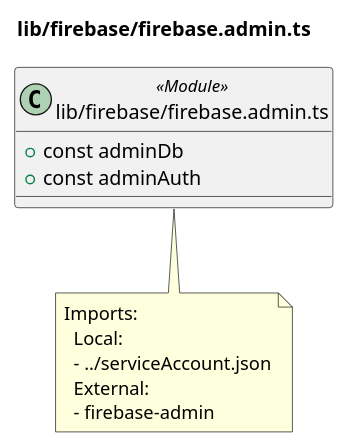
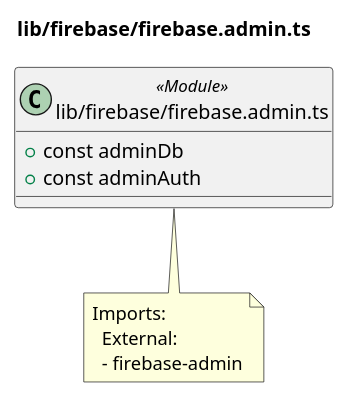
One commit to Natural-Highs/live changed the diagram in docs/diagrams/src/lib/firebase/firebase.admin.ts.puml. Above: the diagram before and after it, drawn with PlantUML. The commit also changed 90 other files, not shown here.

Commit message:
refactor(docs): update docs/diagrams workflow for migration

```diff
--- a/docs/diagrams/src/lib/firebase/firebase.admin.ts.puml
+++ b/docs/diagrams/src/lib/firebase/firebase.admin.ts.puml
@@ -1,14 +1,12 @@
 @startuml lib__firebase__firebase_admin_ts
 title lib/firebase/firebase.admin.ts
 class "lib/firebase/firebase.admin.ts" as lib_firebase_firebase_admin_ts <<Module>> {
   + const adminDb
   + const adminAuth
 }
 note bottom of lib_firebase_firebase_admin_ts
   Imports:
-    Local:
-    - ../serviceAccount.json
     External:
     - firebase-admin
 end note
 @enduml
```
